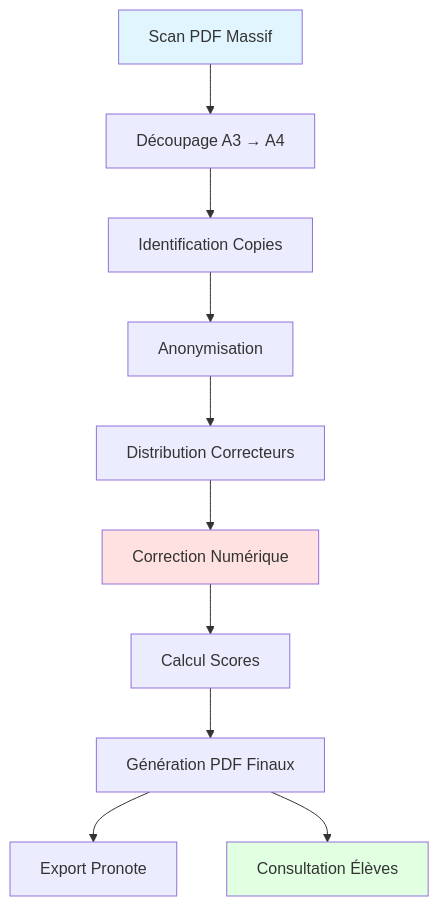
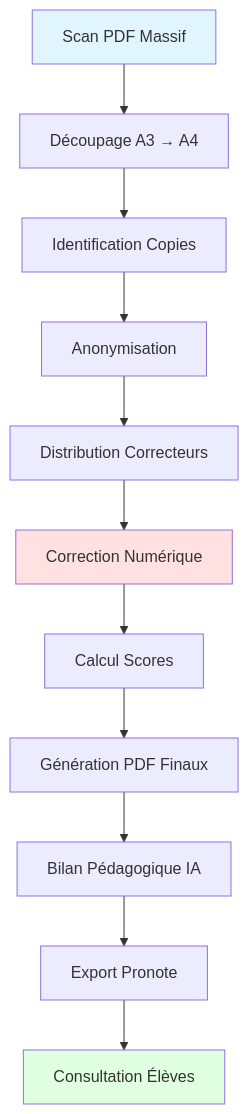
One commit to cyranoaladin/Korrigo changed the first of 10 diagrams in docs/technical/BUSINESS_WORKFLOWS.md. Above: the diagram before and after it, drawn with Mermaid. The commit also changed other lines of this file and 40 other files, not shown here.

````diff
--- a/docs/technical/BUSINESS_WORKFLOWS.md
+++ b/docs/technical/BUSINESS_WORKFLOWS.md
@@ -30,16 +30,17 @@
 ```mermaid
 graph TD
     A[Scan PDF Massif] --> B[Découpage A3 → A4]
     B --> C[Identification Copies]
     C --> D[Anonymisation]
     D --> E[Distribution Correcteurs]
     E --> F[Correction Numérique]
     F --> G[Calcul Scores]
     G --> H[Génération PDF Finaux]
-    H --> I[Export Pronote]
-    H --> J[Consultation Élèves]
+    H --> I[Bilan Pédagogique IA]
+    I --> J[Export Pronote]
+    J --> K[Consultation Élèves]
     
     style A fill:#e1f5ff
     style F fill:#ffe1e1
-    style J fill:#e1ffe1
+    style K fill:#e1ffe1
 ```
````
